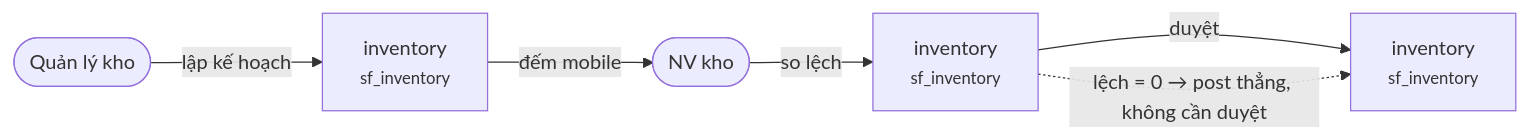
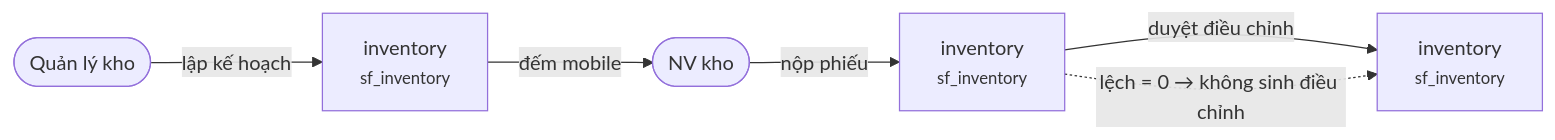
One commit to KLTN-FA26/be-backoffice-stockflow-commerce changed diagram 17 of 28 in docs/business-design/04c-all-flows.md. Above: the diagram before and after it, drawn with Mermaid. The commit also changed other lines of this file and 3 other files, not shown here.

First line of the commit message:
docs: cycle count flow as built (SCRUM-146)

````diff
--- a/docs/business-design/04c-all-flows.md
+++ b/docs/business-design/04c-all-flows.md
@@ -648,13 +648,13 @@
 ```mermaid
 flowchart LR
     N0(["Quản lý kho"])
     N1["inventory<br><small>sf_inventory</small>"]
     N2(["NV kho"])
     N3["inventory<br><small>sf_inventory</small>"]
     N4["inventory<br><small>sf_inventory</small>"]
     N0 -->|"lập kế hoạch"| N1
     N1 -->|"đếm mobile"| N2
-    N2 -->|"so lệch"| N3
-    N3 -->|"duyệt"| N4
-    N3 -.->|"lệch = 0 → post thẳng, không cần duyệt"| N4
+    N2 -->|"nộp phiếu"| N3
+    N3 -->|"duyệt điều chỉnh"| N4
+    N3 -.->|"lệch = 0 → không sinh điều chỉnh"| N4
 ```
````
